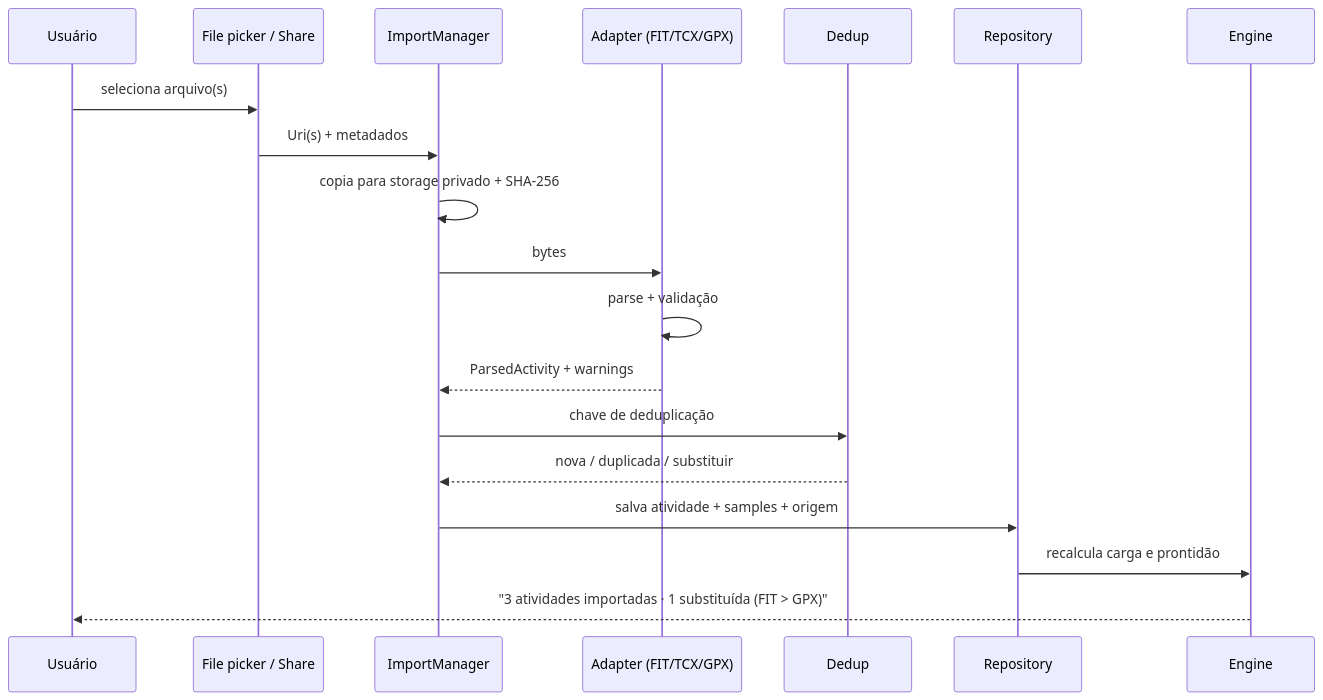
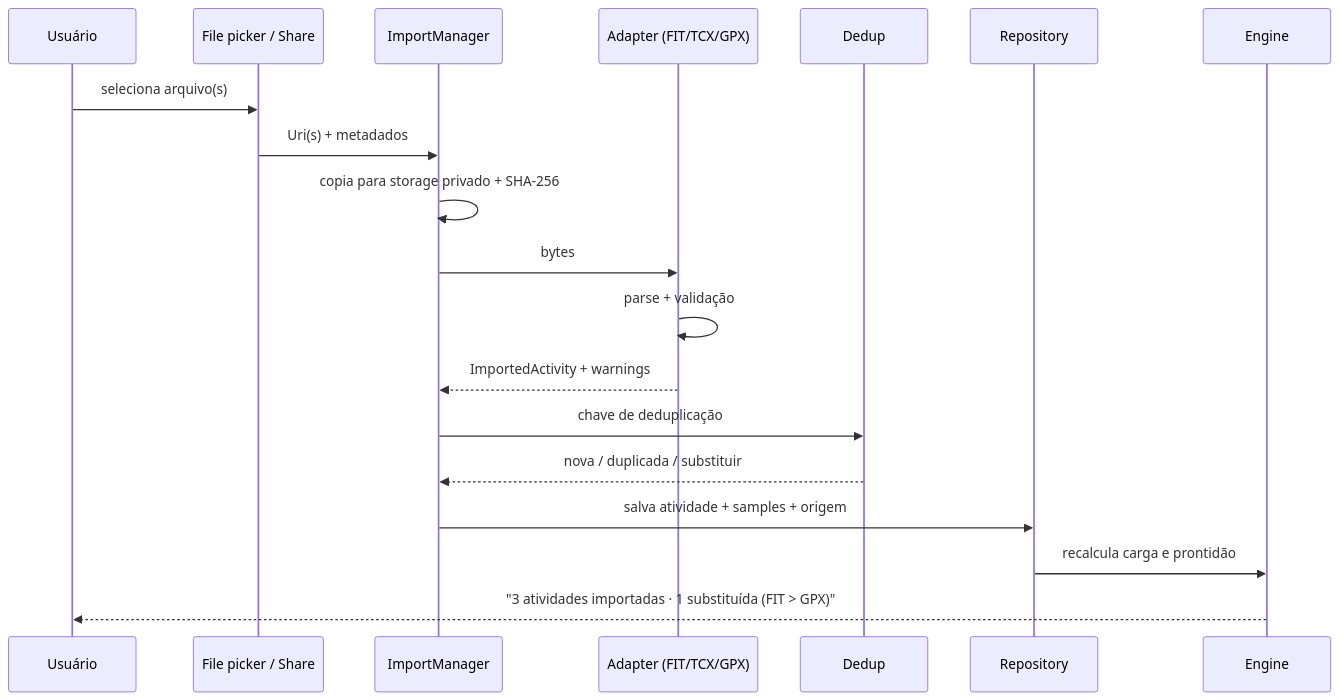
One commit to rafaelclima/meucoach changed the second of 2 diagrams in docs/ARCHITECTURE.md. Above: the diagram before and after it, drawn with Mermaid. The commit also changed other lines of this file and 30 other files, not shown here.

````diff
--- a/docs/ARCHITECTURE.md
+++ b/docs/ARCHITECTURE.md
@@ -78,22 +78,22 @@
 ```mermaid
 sequenceDiagram
     participant U as Usuário
     participant P as File picker / Share
     participant I as ImportManager
     participant A as Adapter (FIT/TCX/GPX)
     participant D as Dedup
     participant R as Repository
     participant E as Engine
 
     U->>P: seleciona arquivo(s)
     P->>I: Uri(s) + metadados
     I->>I: copia para storage privado + SHA-256
     I->>A: bytes
     A->>A: parse + validação
-    A-->>I: ParsedActivity + warnings
+    A-->>I: ImportedActivity + warnings
     I->>D: chave de deduplicação
     D-->>I: nova / duplicada / substituir
     I->>R: salva atividade + samples + origem
     R->>E: recalcula carga e prontidão
     E-->>U: "3 atividades importadas · 1 substituída (FIT > GPX)"
 ```
````
